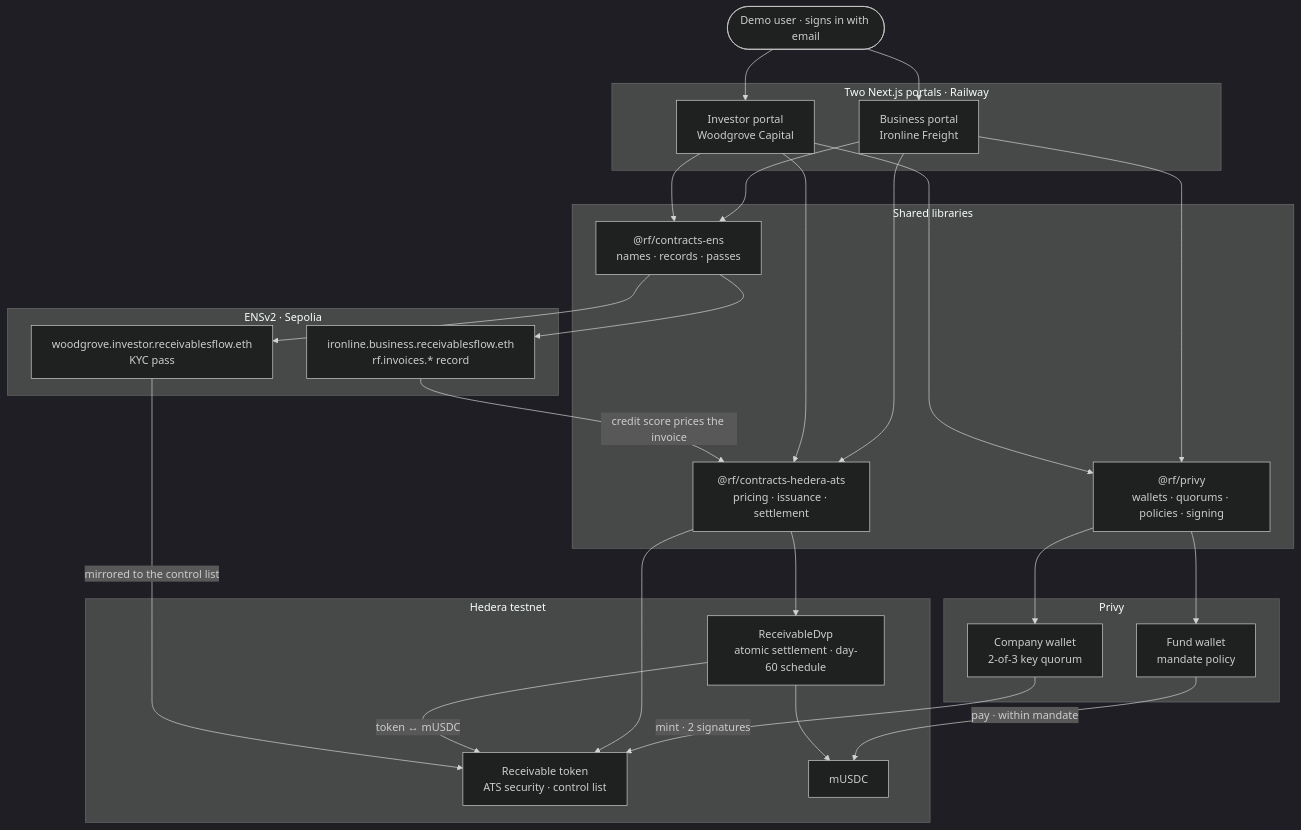
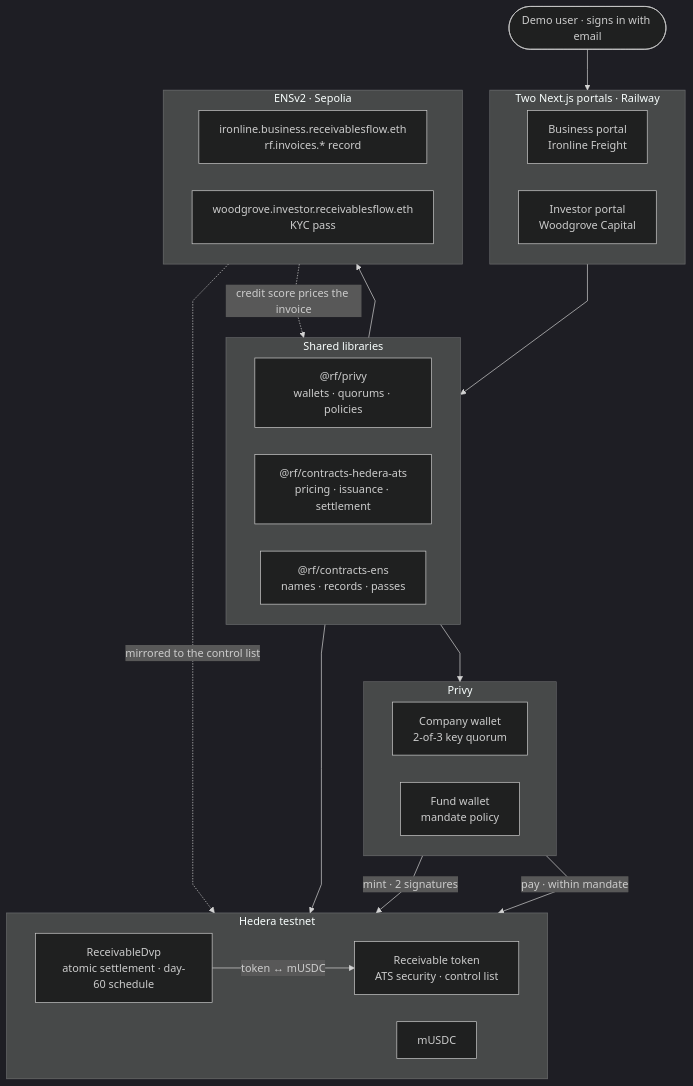
Before and after one commit to cvestrada/receivables-flow: the diagram in README.md, drawn with Mermaid (dark theme). The commit also changed other lines of this file and 15 other files, not shown here.

````diff
--- a/README.md
+++ b/README.md
@@ -33,55 +57,49 @@
 ```mermaid
+%%{init: {'flowchart': {'curve': 'linear', 'nodeSpacing': 40, 'rankSpacing': 60}}}%%
 flowchart TD
     USER(["Demo user · signs in with email"])
 
     subgraph PORTALS["Two Next.js portals · Railway"]
+        direction LR
         BIZ["Business portal<br/>Ironline Freight"]
         INV["Investor portal<br/>Woodgrove Capital"]
     end
 
     subgraph LIBS["Shared libraries"]
-        PRIVYLIB["@rf/privy<br/>wallets · quorums · policies · signing"]
+        direction LR
+        PRIVYLIB["@rf/privy<br/>wallets · quorums · policies"]
         ATSLIB["@rf/contracts-hedera-ats<br/>pricing · issuance · settlement"]
         ENSLIB["@rf/contracts-ens<br/>names · records · passes"]
     end
 
     subgraph PRIVY["Privy"]
+        direction LR
         COMPANY["Company wallet<br/>2-of-3 key quorum"]
         FUND["Fund wallet<br/>mandate policy"]
     end
 
     subgraph HEDERA["Hedera testnet"]
+        direction LR
         TOKEN["Receivable token<br/>ATS security · control list"]
         DVP["ReceivableDvp<br/>atomic settlement · day-60 schedule"]
         USDC["mUSDC"]
     end
 
     subgraph ENS["ENSv2 · Sepolia"]
+        direction LR
         BIZNAME["ironline.business.receivablesflow.eth<br/>rf.invoices.* record"]
         FUNDNAME["woodgrove.investor.receivablesflow.eth<br/>KYC pass"]
     end
 
-    USER --> BIZ
-    USER --> INV
-    BIZ --> PRIVYLIB
-    INV --> PRIVYLIB
-    BIZ --> ATSLIB
-    INV --> ATSLIB
-    BIZ --> ENSLIB
-    INV --> ENSLIB
+    USER --> PORTALS
+    PORTALS --> LIBS
+    PRIVYLIB --> PRIVY
+    ATSLIB --> HEDERA
+    ENSLIB --> ENS
 
-    PRIVYLIB --> COMPANY
-    PRIVYLIB --> FUND
     COMPANY -- "mint · 2 signatures" --> TOKEN
     FUND -- "pay · within mandate" --> USDC
-
-    ATSLIB --> TOKEN
-    ATSLIB --> DVP
     DVP -- "token ↔ mUSDC" --> TOKEN
-    DVP --> USDC
-
-    ENSLIB --> BIZNAME
-    ENSLIB --> FUNDNAME
-    BIZNAME -- "credit score prices the invoice" --> ATSLIB
-    FUNDNAME -- "mirrored to the control list" --> TOKEN
+    BIZNAME -. "credit score prices the invoice" .-> ATSLIB
+    FUNDNAME -. "mirrored to the control list" .-> TOKEN
 ```
````
